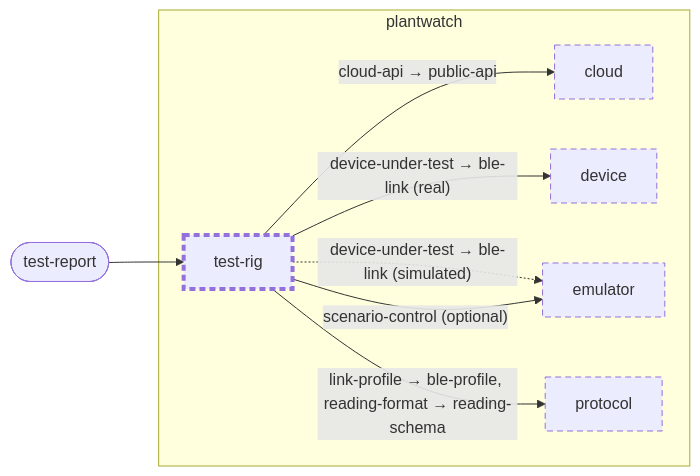
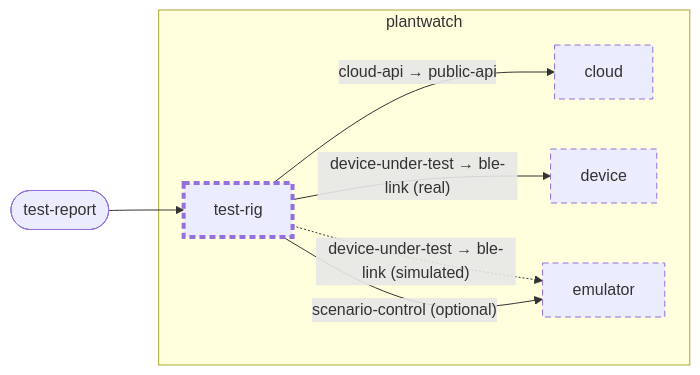
One commit to wackazong/unifold changed the diagram in examples/plantwatch/test-rig/docs/diagrams/context.md. Above: the diagram before and after it, drawn with Mermaid. The commit also changed other lines of this file and 383 other files, not shown here.

````diff
--- a/examples/plantwatch/test-rig/docs/diagrams/context.md
+++ b/examples/plantwatch/test-rig/docs/diagrams/context.md
@@ -8,23 +8,21 @@
 ```mermaid
 flowchart LR
   subgraph u_root["plantwatch"]
     u_cloud["cloud"]
     u_device["device"]
     u_emulator["emulator"]
-    u_protocol["protocol"]
     u_test_drig["test-rig"]
   end
   p_root___test_dreport(["test-report"])
-  u_test_drig -->|"link-profile → ble-profile, reading-format → reading-schema"| u_protocol
   u_test_drig -->|"device-under-test → ble-link (real)"| u_device
   u_test_drig -.->|"device-under-test → ble-link (simulated)"| u_emulator
   u_test_drig -->|"scenario-control (optional)"| u_emulator
   u_test_drig -->|"cloud-api → public-api"| u_cloud
   p_root___test_dreport --> u_test_drig
   classDef focus stroke-width:4px
   classDef planned stroke-dasharray:6 4
   classDef deprecated stroke-dasharray:2 2,opacity:0.6
   classDef plain stroke-dasharray:2 3
-  class u_cloud,u_device,u_emulator,u_protocol,u_test_drig planned
+  class u_cloud,u_device,u_emulator,u_test_drig planned
   class u_test_drig focus
 ```
````
